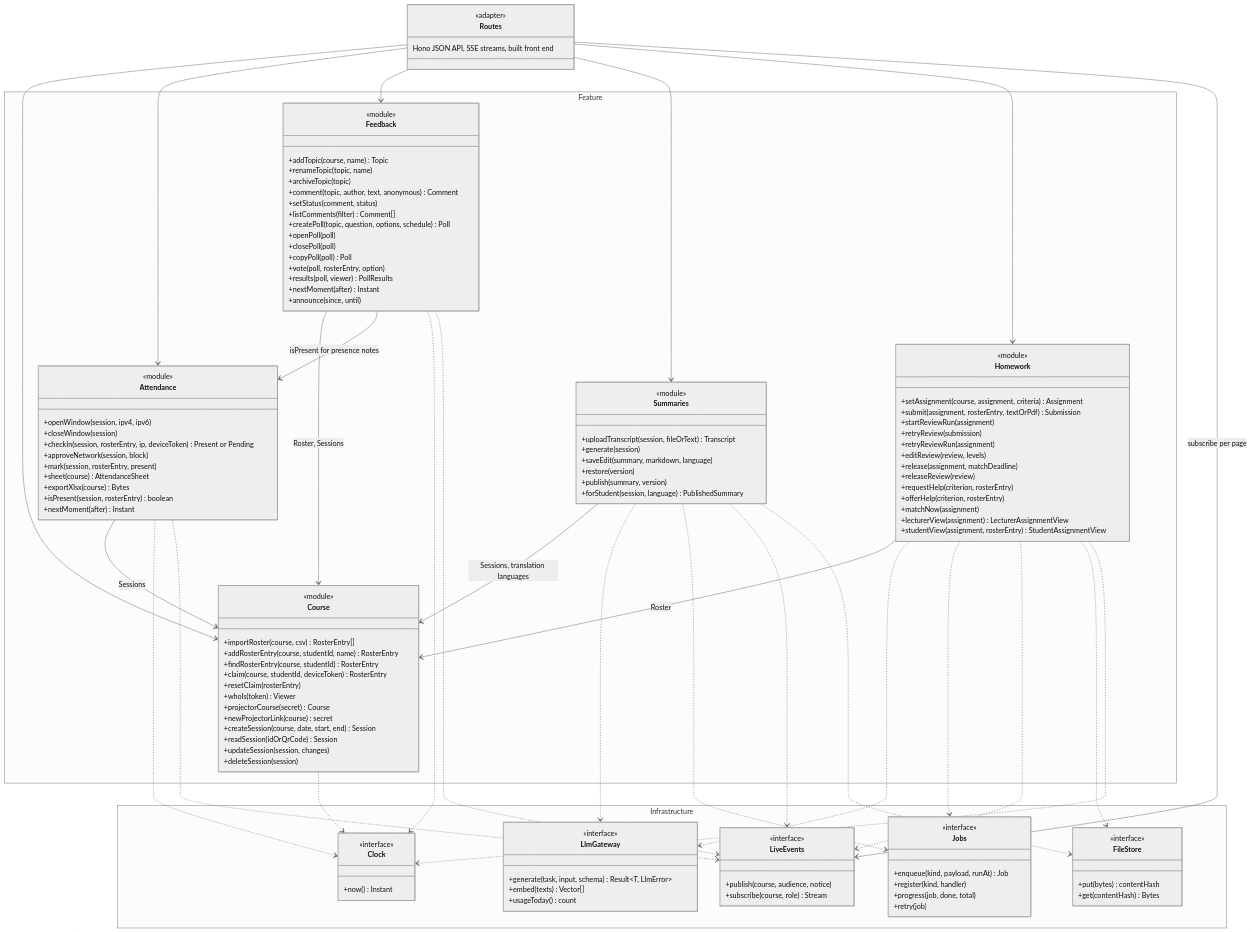
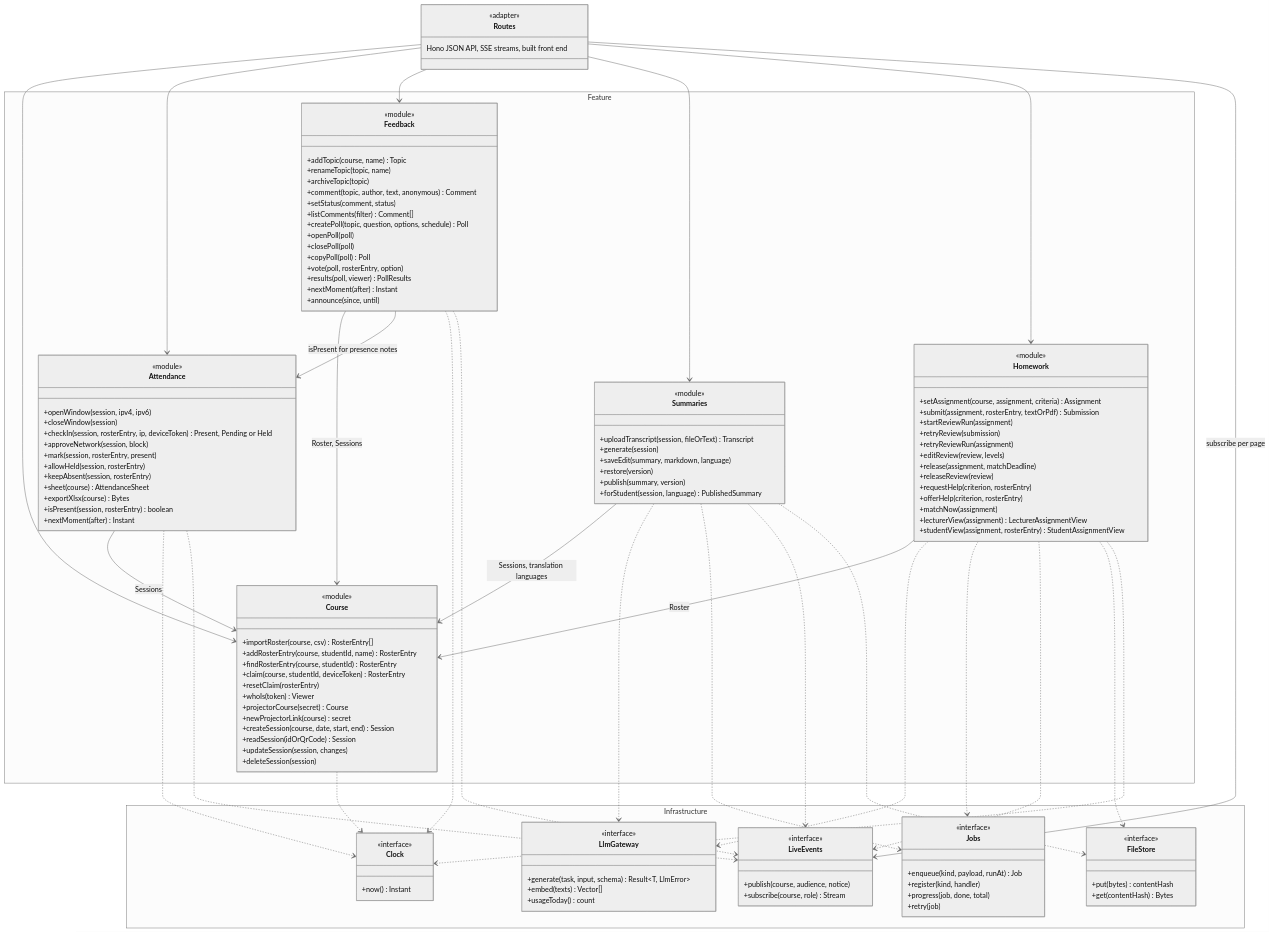
The first of 7 diagrams in docs/diagrams/class-diagram.md (ofeq-dev/class-connect), drawn with Mermaid (neutral theme) before and after one commit. The commit also changed other lines of this file and 6 other files, not shown here.

First line of the commit message:
Leave the Check-in under a Manual ✕ alone on a held scan (#59 review)

```diff
--- a/docs/diagrams/class-diagram.md
+++ b/docs/diagrams/class-diagram.md
@@ -37,9 +37,11 @@
       <<module>>
       +openWindow(session, ipv4, ipv6)
       +closeWindow(session)
-      +checkIn(session, rosterEntry, ip, deviceToken) Present or Pending
+      +checkIn(session, rosterEntry, ip, deviceToken) Present, Pending or Held
       +approveNetwork(session, block)
       +mark(session, rosterEntry, present)
+      +allowHeld(session, rosterEntry)
+      +keepAbsent(session, rosterEntry)
       +sheet(course) AttendanceSheet
       +exportXlsx(course) Bytes
       +isPresent(session, rosterEntry) boolean
```
